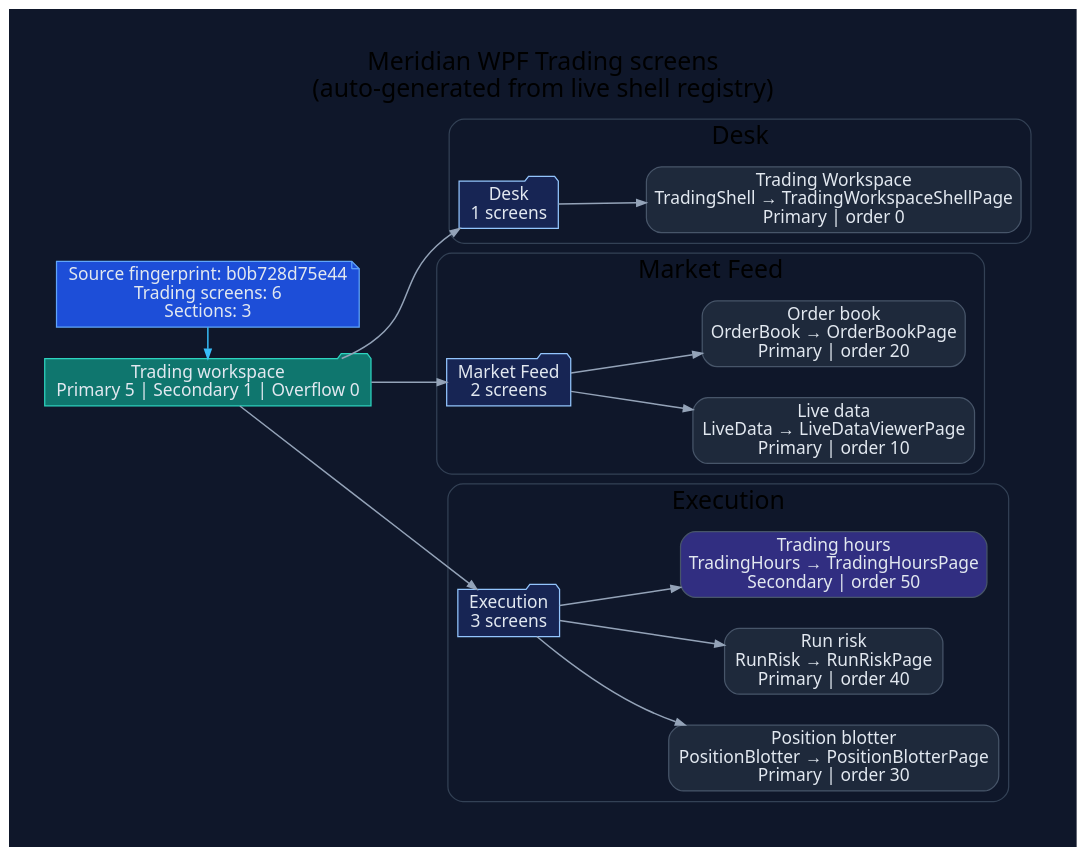
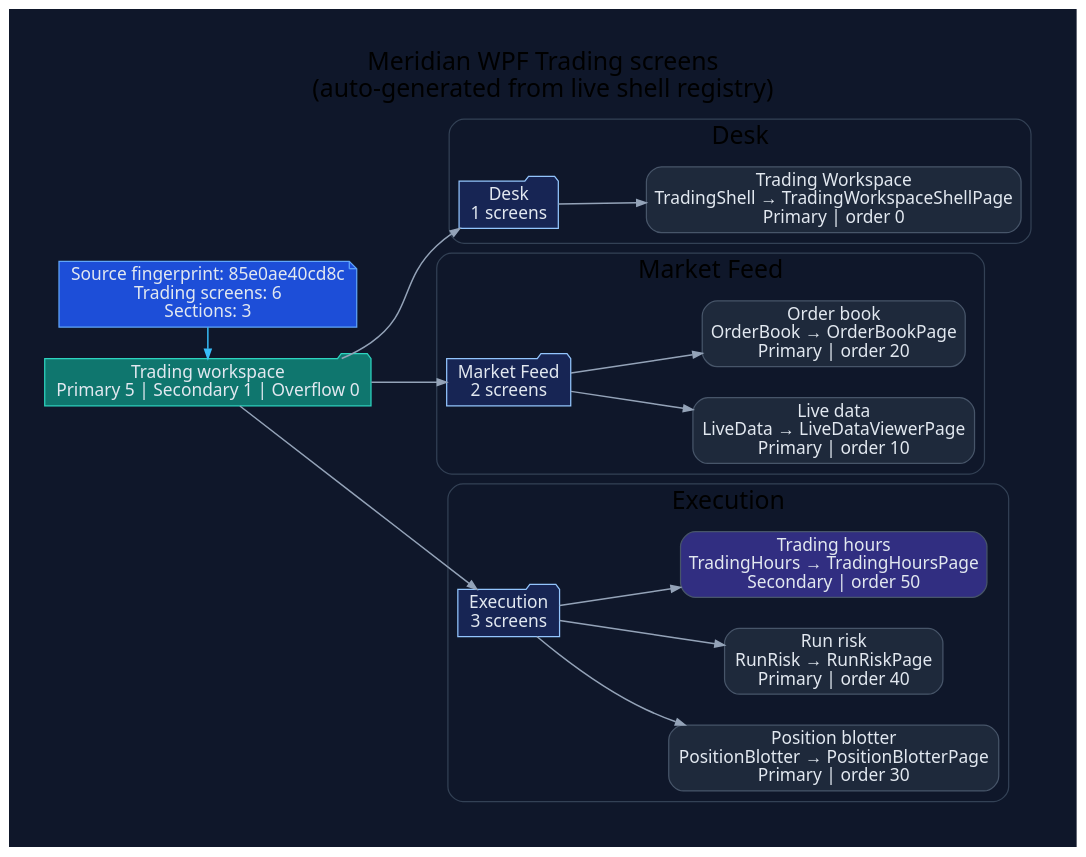
The diagram in docs/diagrams/ui/ui-wpf-screens-trading.dot (rodoHasArrived/Meridian-main), drawn with Graphviz before and after one commit. The commit also changed 69 other files, not shown here.

```diff
--- a/docs/diagrams/ui/ui-wpf-screens-trading.dot
+++ b/docs/diagrams/ui/ui-wpf-screens-trading.dot
@@ -1,62 +1,62 @@
 // -----------------------------------------------------------------------------
 // <auto-generated>
 // Generated by scripts/generate-diagrams.mjs.
 // Do not edit this file directly; update the WPF source files instead.
 // -----------------------------------------------------------------------------
 digraph WpfTradingScreens {
   graph [
     rankdir=LR,
     labelloc=t,
     label="Meridian WPF Trading screens\n(auto-generated from live shell registry)",
     fontname="Segoe UI",
     fontsize=20,
     pad=0.4,
     nodesep=0.35,
     ranksep=0.85,
     bgcolor="#0f172a"
   ];
   node [fontname="Segoe UI", shape=box, style="rounded,filled", color="#475569", fontcolor="#e2e8f0", fillcolor="#1e293b"];
   edge [fontname="Segoe UI", color="#94a3b8", penwidth=1.2, arrowsize=0.75];
 
-  generated [shape=note, fillcolor="#1d4ed8", color="#60a5fa", label="Source fingerprint: b0b728d75e44\nTrading screens: 6\nSections: 3"];
+  generated [shape=note, fillcolor="#1d4ed8", color="#60a5fa", label="Source fingerprint: 85e0ae40cd8c\nTrading screens: 6\nSections: 3"];
   workspace [shape=folder, fillcolor="#0f766e", color="#2dd4bf", label="Trading workspace\nPrimary 5 | Secondary 1 | Overflow 0"];
   generated -> workspace [color="#38bdf8"];
 
   subgraph cluster_section_1 {
     label="Desk";
     color="#334155";
     style="rounded";
     section_1 [shape=folder, fillcolor="#172554", color="#93c5fd", label="Desk\n1 screens"];
     workspace -> section_1;
     screen_TradingShell [fillcolor="#1e293b", label="Trading Workspace\nTradingShell → TradingWorkspaceShellPage\nPrimary | order 0"];
     section_1 -> screen_TradingShell;
   }
 
   subgraph cluster_section_2 {
     label="Market Feed";
     color="#334155";
     style="rounded";
     section_2 [shape=folder, fillcolor="#172554", color="#93c5fd", label="Market Feed\n2 screens"];
     workspace -> section_2;
     screen_LiveData [fillcolor="#1e293b", label="Live data\nLiveData → LiveDataViewerPage\nPrimary | order 10"];
     section_2 -> screen_LiveData;
     screen_OrderBook [fillcolor="#1e293b", label="Order book\nOrderBook → OrderBookPage\nPrimary | order 20"];
     section_2 -> screen_OrderBook;
   }
 
   subgraph cluster_section_3 {
     label="Execution";
     color="#334155";
     style="rounded";
     section_3 [shape=folder, fillcolor="#172554", color="#93c5fd", label="Execution\n3 screens"];
     workspace -> section_3;
     screen_PositionBlotter [fillcolor="#1e293b", label="Position blotter\nPositionBlotter → PositionBlotterPage\nPrimary | order 30"];
     section_3 -> screen_PositionBlotter;
     screen_RunRisk [fillcolor="#1e293b", label="Run risk\nRunRisk → RunRiskPage\nPrimary | order 40"];
     section_3 -> screen_RunRisk;
     screen_TradingHours [fillcolor="#312e81", label="Trading hours\nTradingHours → TradingHoursPage\nSecondary | order 50"];
     section_3 -> screen_TradingHours;
   }
 
   { rank=min; generated; workspace; }
 }
```
